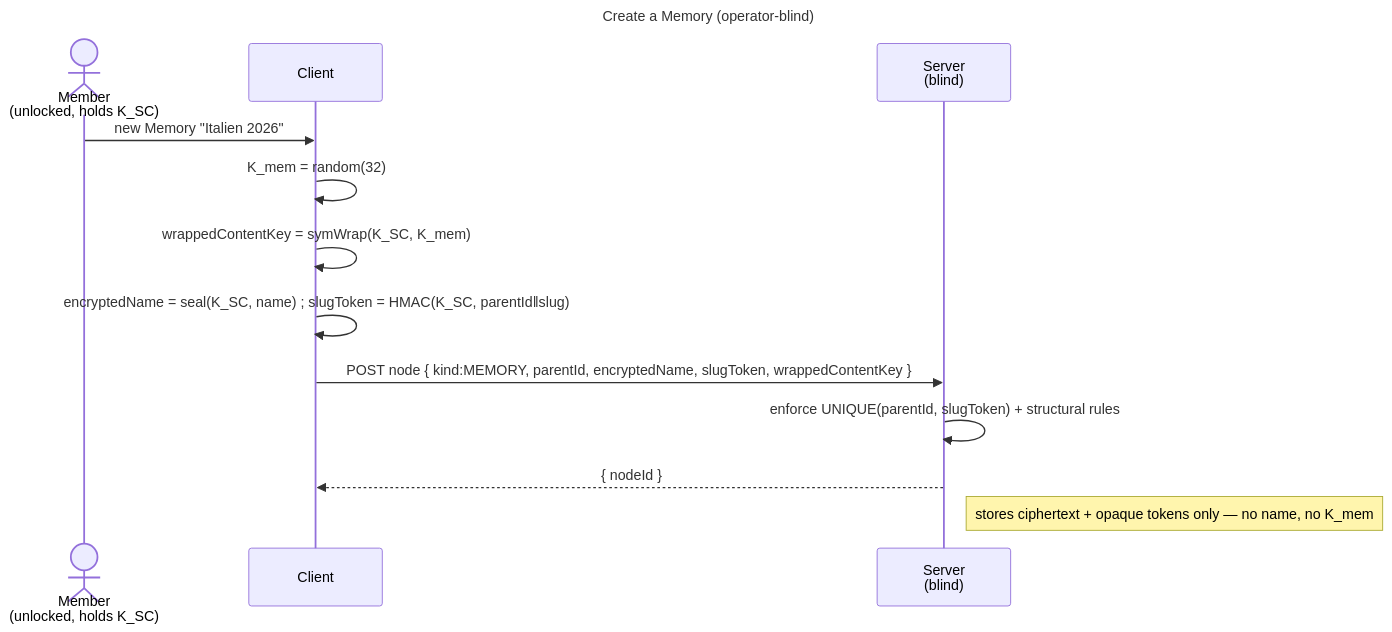
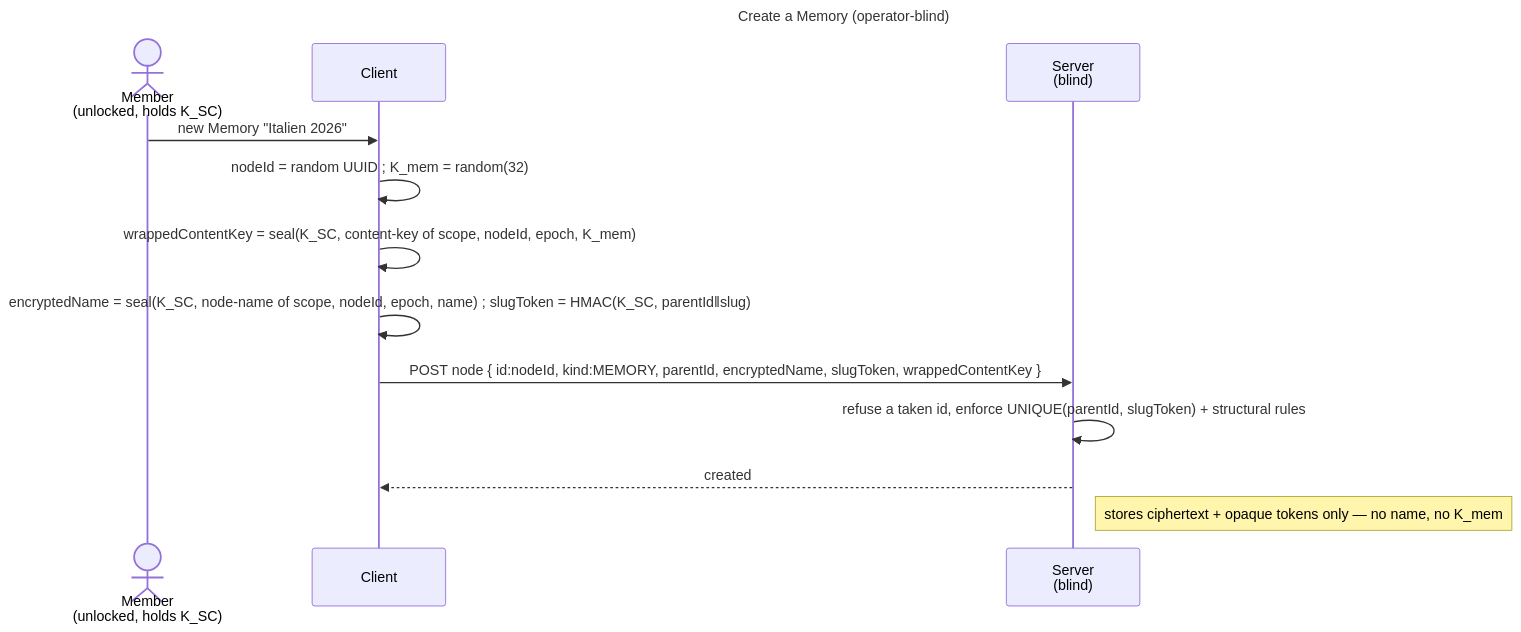
One commit to raddatzk/veyq changed the diagram in docs/features/memory/enablers/en.memory.tree.md. Above: the diagram before and after it, drawn with Mermaid. The commit also changed other lines of this file and 32 other files, not shown here.

First line of the commit message:
docs: a seal binds its object; admission is a key-holder act; cold credentials prove the Secret Key

````diff
--- a/docs/features/memory/enablers/en.memory.tree.md
+++ b/docs/features/memory/enablers/en.memory.tree.md
@@ -57,17 +58,17 @@
 ```mermaid
 ---
 title: Create a Memory (operator-blind)
 ---
 sequenceDiagram
   actor U as Member<br>(unlocked, holds K_SC)
   participant C as Client
   participant S as Server<br>(blind)
   U->>C: new Memory "Italien 2026"
-  C->>C: K_mem = random(32)
-  C->>C: wrappedContentKey = symWrap(K_SC, K_mem)
-  C->>C: encryptedName = seal(K_SC, name) #59; slugToken = HMAC(K_SC, parentId‖slug)
-  C->>S: POST node { kind:MEMORY, parentId, encryptedName, slugToken, wrappedContentKey }
-  S->>S: enforce UNIQUE(parentId, slugToken) + structural rules
-  S-->>C: { nodeId }
+  C->>C: nodeId = random UUID #59; K_mem = random(32)
+  C->>C: wrappedContentKey = seal(K_SC, content-key of scope, nodeId, epoch, K_mem)
+  C->>C: encryptedName = seal(K_SC, node-name of scope, nodeId, epoch, name) #59; slugToken = HMAC(K_SC, parentId‖slug)
+  C->>S: POST node { id:nodeId, kind:MEMORY, parentId, encryptedName, slugToken, wrappedContentKey }
+  S->>S: refuse a taken id, enforce UNIQUE(parentId, slugToken) + structural rules
+  S-->>C: created
   Note right of S: stores ciphertext + opaque tokens only — no name, no K_mem
 ```
````
